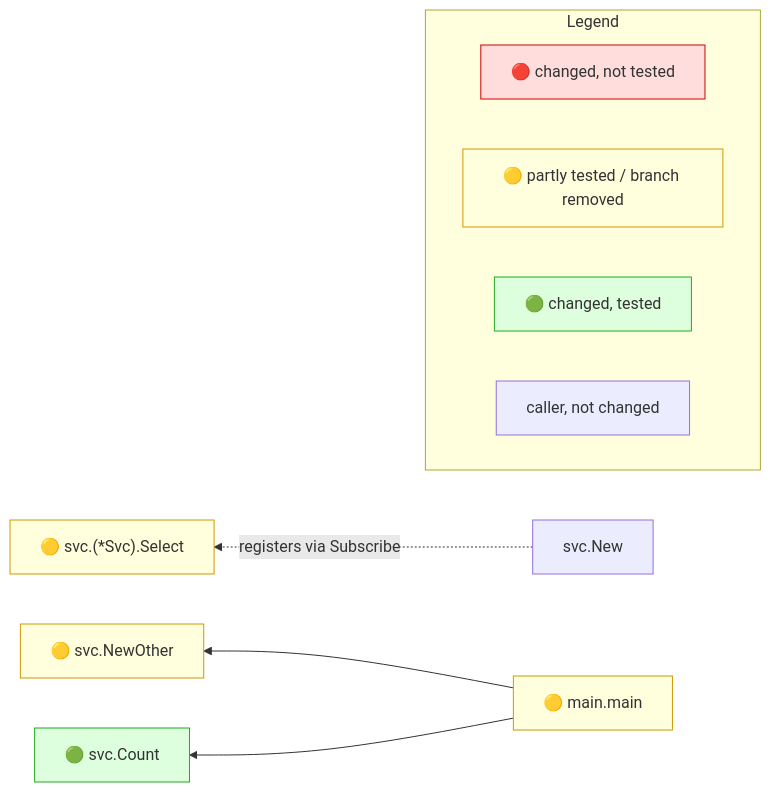
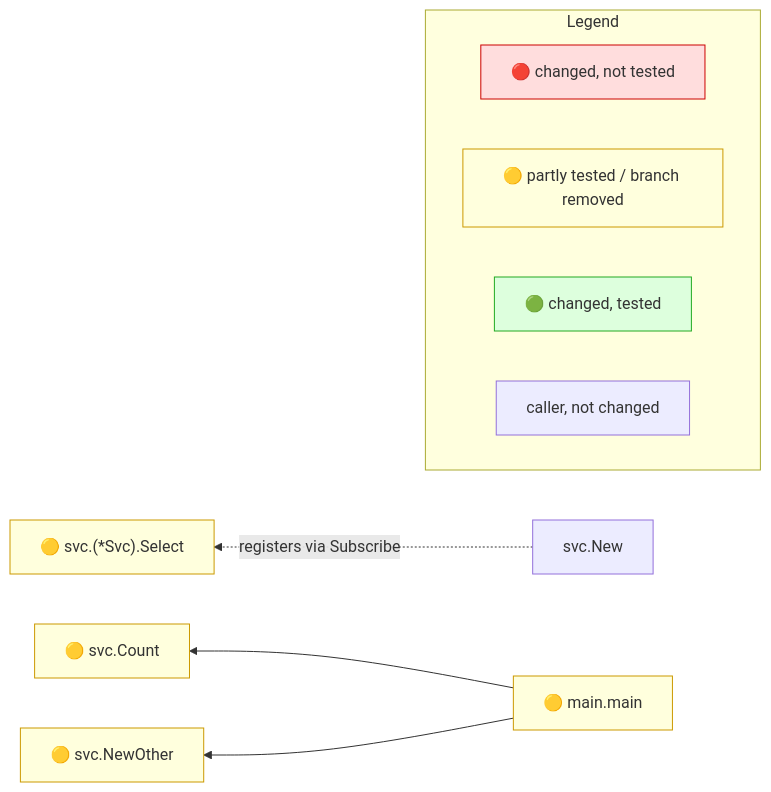
Before and after one commit to Kevinbarrero/mr-impact: the diagram in testdata/e2e/removal/expected.golden.md, drawn with Mermaid. The commit also changed other lines of this file and 36 other files, not shown here.

````diff
--- a/testdata/e2e/removal/expected.golden.md
+++ b/testdata/e2e/removal/expected.golden.md
@@ -55,21 +55,21 @@
 ```mermaid
 flowchart RL
   n0["🟡 svc.(*Svc).Select"]:::yellow
   n1["svc.New"]
-  n2["🟡 svc.NewOther"]:::yellow
-  n3["🟡 main.main"]:::yellow
-  n4["🟢 svc.Count"]:::green
+  n2["🟡 svc.Count"]:::yellow
+  n3["🟡 svc.NewOther"]:::yellow
+  n4["🟡 main.main"]:::yellow
   n1 -. "registers via Subscribe" .-> n0
-  n3 --> n2
-  n3 --> n4
+  n4 --> n2
+  n4 --> n3
   subgraph legend ["Legend"]
     direction LR
     lr["🔴 changed, not tested"]:::red
     ly["🟡 partly tested / branch removed"]:::yellow
     lg["🟢 changed, tested"]:::green
     lc["caller, not changed"]
   end
   classDef red fill:#fdd,stroke:#c00
   classDef yellow fill:#ffd,stroke:#c90
   classDef green fill:#dfd,stroke:#2a2
 ```
````
